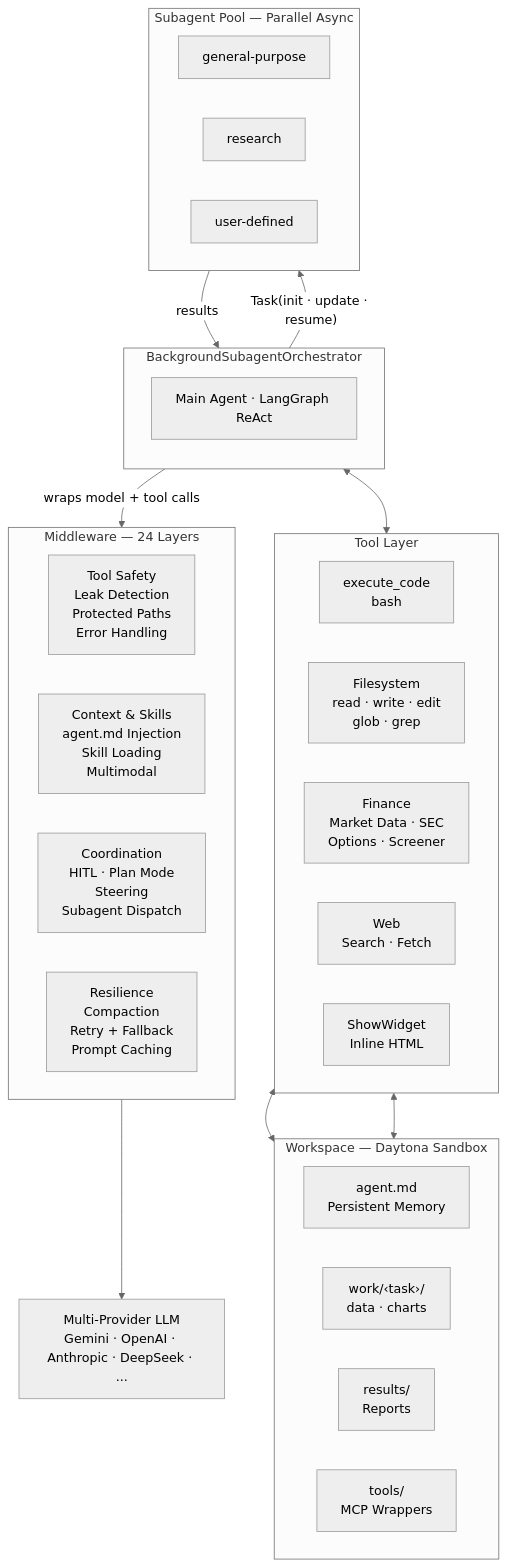
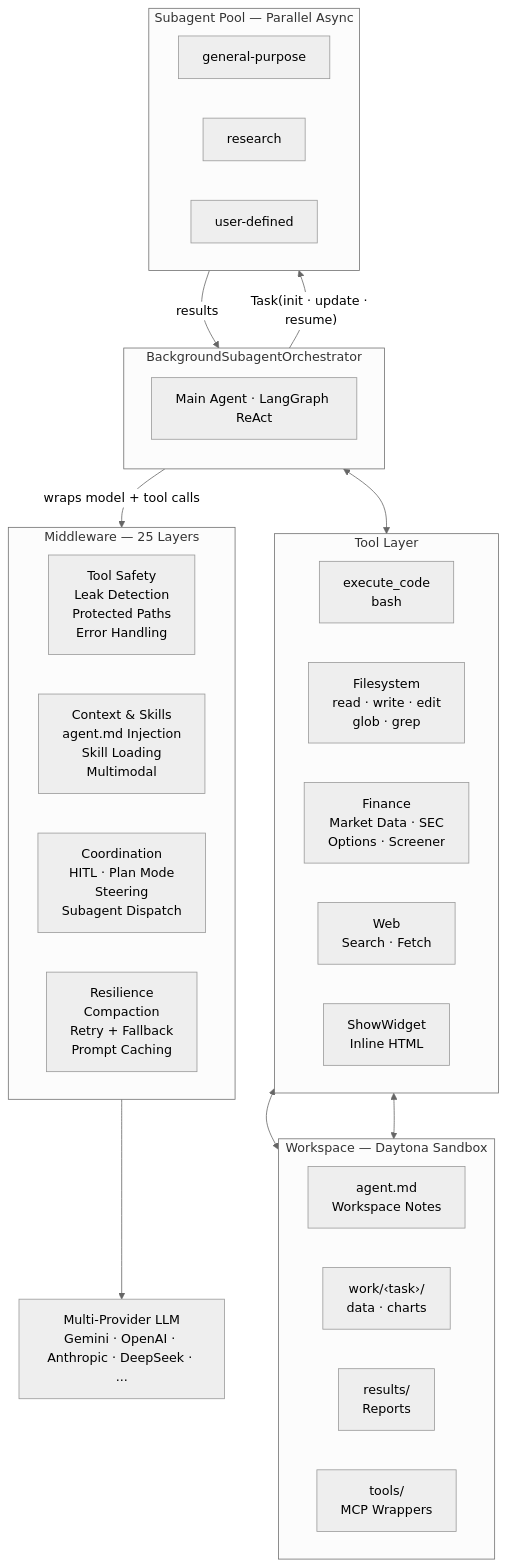
The third of 3 diagrams in README.md (raymond1203/LangAlpha-KR), drawn with Mermaid before and after one commit. The commit also changed other lines of this file and 83 other files, not shown here.

````diff
--- a/README.md
+++ b/README.md
@@ -253,52 +253,52 @@
 ```mermaid
 %%{init: {'theme': 'neutral'}}%%
 
 flowchart TB
     subgraph Orchestrator ["BackgroundSubagentOrchestrator"]
         direction TB
         Agent["Main Agent · LangGraph ReAct"]
     end
 
     Agent -- "Task(init · update · resume)" --> SubPool
     SubPool -- "results" --> Orchestrator
 
     subgraph SubPool ["Subagent Pool — Parallel Async"]
         direction LR
         S1["general-purpose"]
         S2["research"]
         S3["user-defined"]
     end
 
-    subgraph Middleware ["Middleware — 24 Layers"]
+    subgraph Middleware ["Middleware — 25 Layers"]
         direction LR
         MW1["Tool Safety<br/>Leak Detection<br/>Protected Paths<br/>Error Handling"]
         MW2["Context & Skills<br/>agent.md Injection<br/>Skill Loading<br/>Multimodal"]
         MW3["Coordination<br/>HITL · Plan Mode<br/>Steering<br/>Subagent Dispatch"]
         MW4["Resilience<br/>Compaction<br/>Retry + Fallback<br/>Prompt Caching"]
     end
 
     Agent -- "wraps model + tool calls" --> Middleware
     Middleware --> LLM["Multi-Provider LLM<br/>Gemini · OpenAI · Anthropic · DeepSeek · ..."]
 
     Agent <--> Tools
 
     subgraph Tools ["Tool Layer"]
         direction LR
         T1["execute_code<br/>bash"]
         T2["Filesystem<br/>read · write · edit<br/>glob · grep"]
         T3["Finance<br/>Market Data · SEC<br/>Options · Screener"]
         T4["Web<br/>Search · Fetch"]
         T5["ShowWidget<br/>Inline HTML"]
     end
 
     T1 <--> Workspace
     T2 <--> Workspace
 
     subgraph Workspace ["Workspace — Daytona Sandbox"]
         direction LR
-        W1["agent.md<br/>Persistent Memory"]
+        W1["agent.md<br/>Workspace Notes"]
         W2["work/‹task›/<br/>data · charts"]
         W3["results/<br/>Reports"]
         W4["tools/<br/>MCP Wrappers"]
     end
 ```
````
